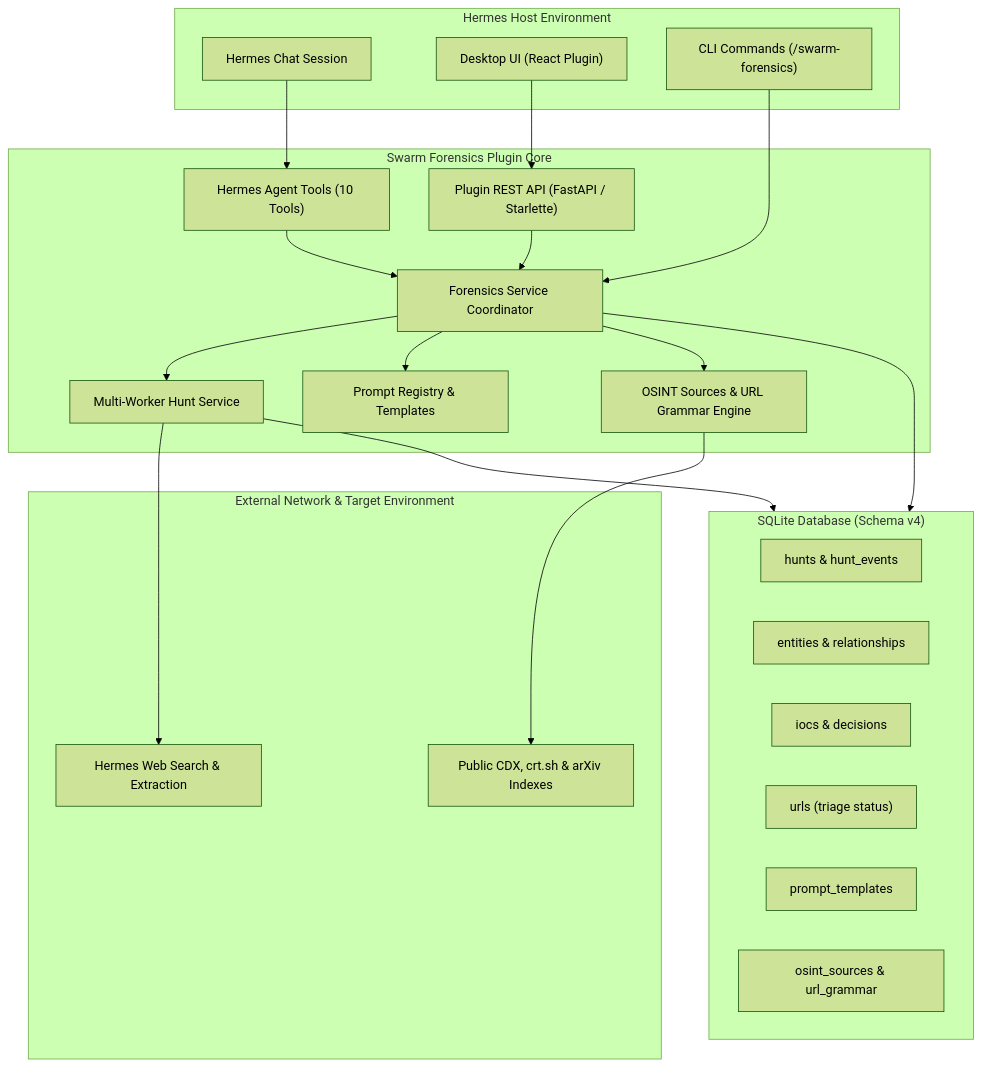
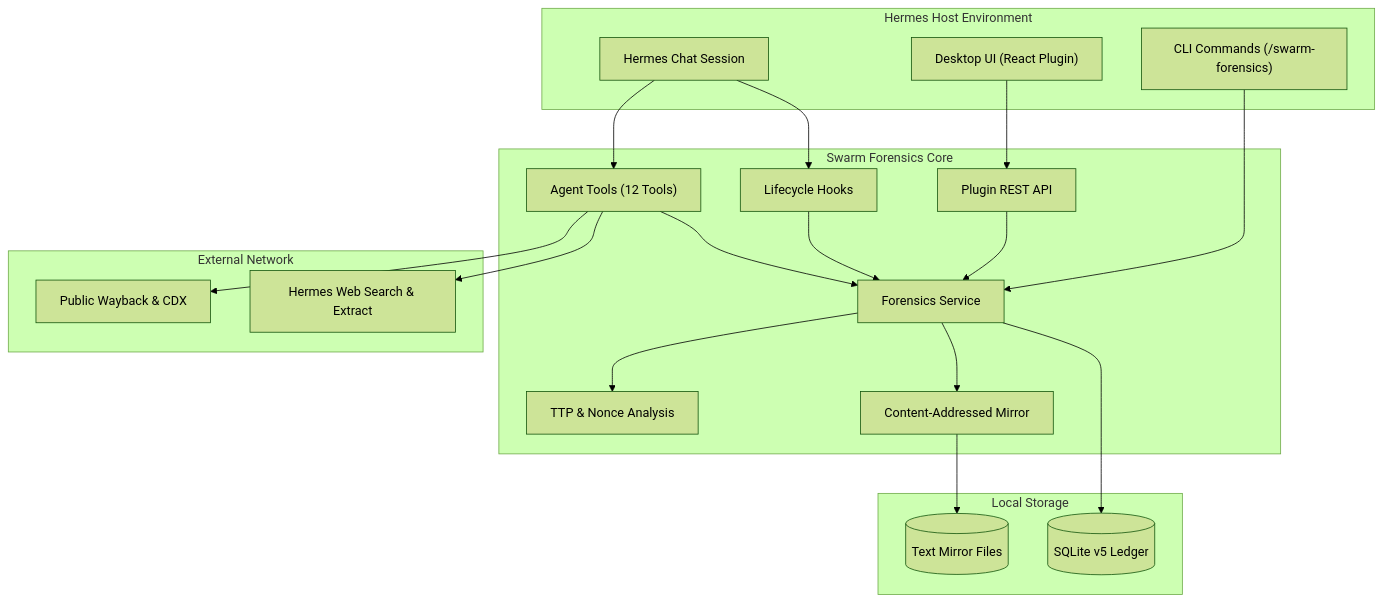
Before and after one commit to christopherwoodall/swarm-forensics: the diagram in pug-research/hermes-plugin/README.md, drawn with Mermaid (forest theme). The commit also changed other lines of this file and 33 other files, not shown here.

````diff
--- a/pug-research/hermes-plugin/README.md
+++ b/pug-research/hermes-plugin/README.md
@@ -71,44 +7,41 @@
 ```mermaid
 flowchart TD
     subgraph Host["Hermes Host Environment"]
         Chat["Hermes Chat Session"]
         Desktop["Desktop UI (React Plugin)"]
         CLI["CLI Commands (/swarm-forensics)"]
     end
 
-    subgraph PluginCore["Swarm Forensics Plugin Core"]
-        AgentTools["Hermes Agent Tools (10 Tools)"]
-        PluginAPI["Plugin REST API (FastAPI / Starlette)"]
-        Service["Forensics Service Coordinator"]
-        HuntService["Multi-Worker Hunt Service"]
-        PromptRegistry["Prompt Registry & Templates"]
-        OSINT["OSINT Sources & URL Grammar Engine"]
+    subgraph PluginCore["Swarm Forensics Core"]
+        Hooks["Lifecycle Hooks"]
+        Tools["Agent Tools (12 Tools)"]
+        PluginAPI["Plugin REST API"]
+        Service["Forensics Service"]
+        Analysis["TTP & Nonce Analysis"]
+        MirrorStore["Content-Addressed Mirror"]
     end
 
-    subgraph DataStore["SQLite Database (Schema v4)"]
-        HuntsTbl["hunts & hunt_events"]
-        EntitiesTbl["entities & relationships"]
-        IocsTbl["iocs & decisions"]
-        UrlsTbl["urls (triage status)"]
-        PromptsTbl["prompt_templates"]
-        SourcesTbl["osint_sources & url_grammar"]
+    subgraph Storage["Local Storage"]
+        DB[("SQLite v5 Ledger")]
+        MirrorFiles[("Text Mirror Files")]
     end
 
-    subgraph External["External Network & Target Environment"]
-        WebSearch["Hermes Web Search & Extraction"]
-        PublicIndexes["Public CDX, crt.sh & arXiv Indexes"]
+    subgraph External["External Network"]
+        Web["Hermes Web Search & Extract"]
+        PublicIndexes["Public Wayback & CDX"]
     end
 
-    Chat --> AgentTools
+    Chat --> Hooks
+    Chat --> Tools
+    Desktop --> PluginAPI
     CLI --> Service
-    Desktop --> PluginAPI
+    Hooks --> Service
+    Tools --> Service
     PluginAPI --> Service
-    AgentTools --> Service
-    Service --> HuntService
-    Service --> PromptRegistry
-    Service --> OSINT
-    HuntService --> WebSearch
-    OSINT --> PublicIndexes
-    Service --> DataStore
-    HuntService --> DataStore
+    Service --> DB
+    Service --> MirrorStore
+    MirrorStore --> MirrorFiles
+    Service --> Analysis
+    Tools --> Web
+    Tools --> PublicIndexes
 ```
````
